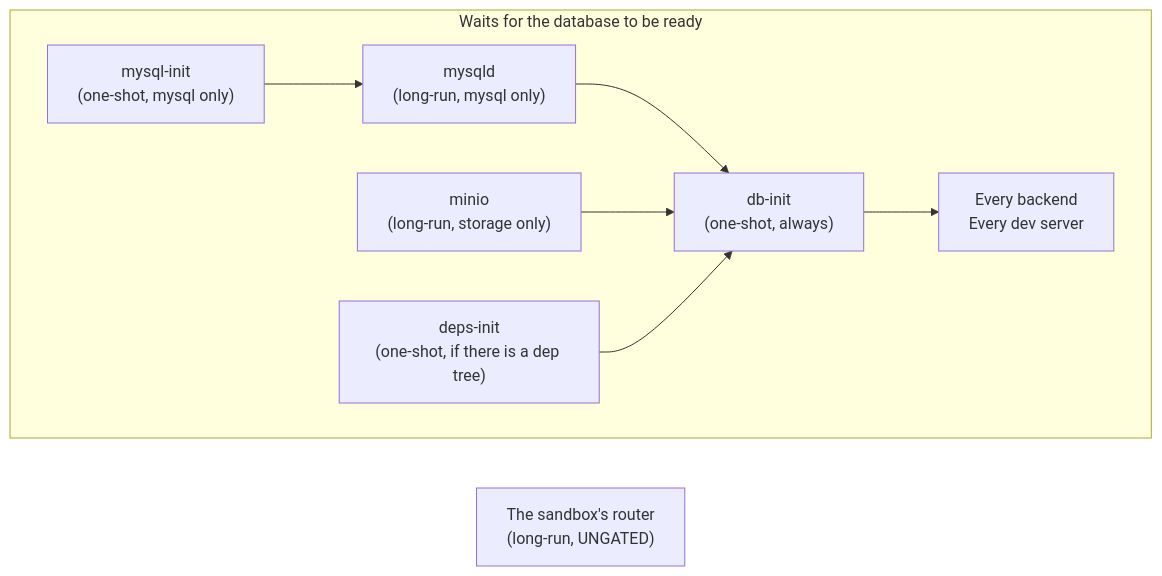
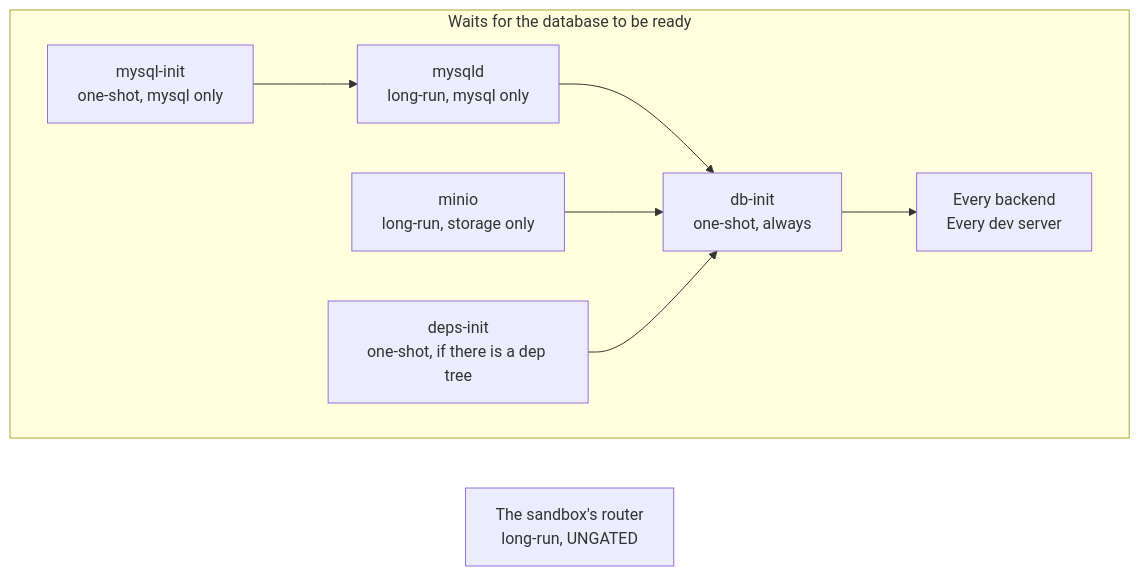
The first of 2 diagrams in docs/architecture/startup.md (mattmoran56/sandboxer-core), drawn with Mermaid before and after one commit. The commit also changed other lines of this file and 11 other files, not shown here.

````diff
--- a/docs/architecture/startup.md
+++ b/docs/architecture/startup.md
@@ -65,12 +36,12 @@
 ```mermaid
 flowchart LR
   subgraph gated["Waits for the database to be ready"]
     direction LR
-    mi["mysql-init<br/>(one-shot, mysql only)"] --> md["mysqld<br/>(long-run, mysql only)"]
-    md --> di["db-init<br/>(one-shot, always)"]
-    mo["minio<br/>(long-run, storage only)"] --> di
-    de["deps-init<br/>(one-shot, if there is a dep tree)"] --> di
+    mi["mysql-init<br/>one-shot, mysql only"] --> md["mysqld<br/>long-run, mysql only"]
+    md --> di["db-init<br/>one-shot, always"]
+    mo["minio<br/>long-run, storage only"] --> di
+    de["deps-init<br/>one-shot, if there is a dep tree"] --> di
     di --> svc["Every backend<br/>Every dev server"]
   end
-  cad["The sandbox's router<br/>(long-run, UNGATED)"]
+  cad["The sandbox's router<br/>long-run, UNGATED"]
 ```
````
